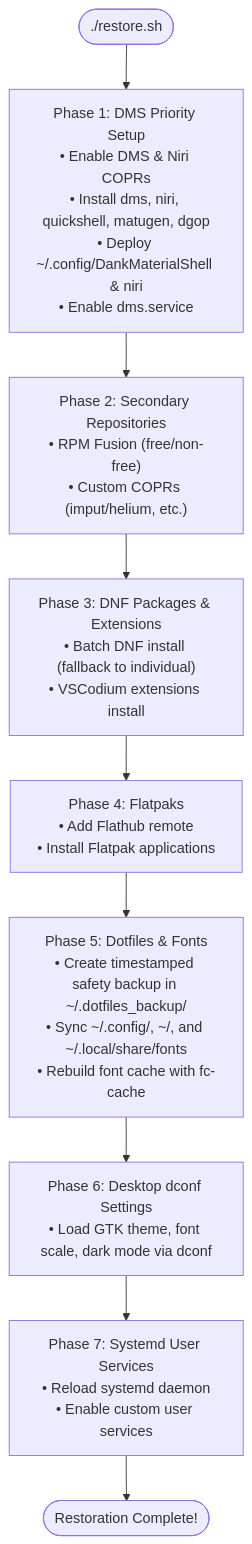
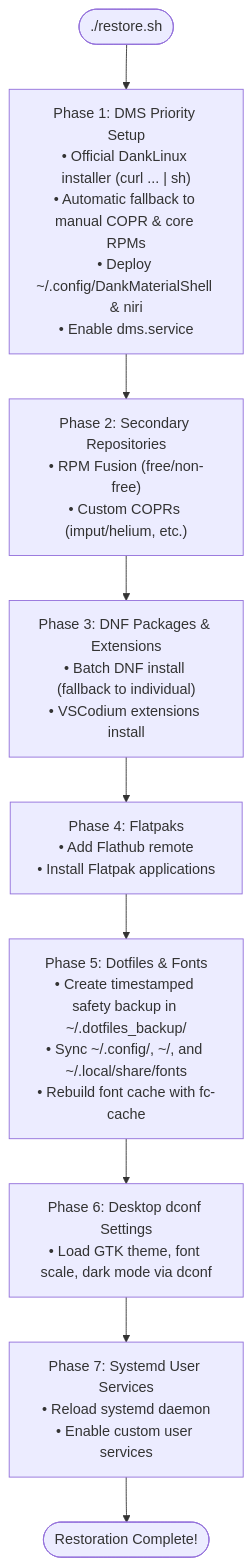
Before and after one commit to Torveek/fedora-dms-dotfiles: the diagram in README.md, drawn with Mermaid. The commit also changed other lines of this file and 4 other files, not shown here.

Commit message:
feat: support official automatic DankLinux installer in restore

````diff
--- a/README.md
+++ b/README.md
@@ -224,11 +235,11 @@
 ```mermaid
 flowchart TD
-    Start(["./restore.sh"]) --> P1["Phase 1: DMS Priority Setup\n• Enable DMS & Niri COPRs\n• Install dms, niri, quickshell, matugen, dgop\n• Deploy ~/.config/DankMaterialShell & niri\n• Enable dms.service"]
+    Start(["./restore.sh"]) --> P1["Phase 1: DMS Priority Setup\n• Official DankLinux installer (curl ... | sh)\n• Automatic fallback to manual COPR & core RPMs\n• Deploy ~/.config/DankMaterialShell & niri\n• Enable dms.service"]
     P1 --> P2["Phase 2: Secondary Repositories\n• RPM Fusion (free/non-free)\n• Custom COPRs (imput/helium, etc.)"]
     P2 --> P3["Phase 3: DNF Packages & Extensions\n• Batch DNF install (fallback to individual)\n• VSCodium extensions install"]
     P3 --> P4["Phase 4: Flatpaks\n• Add Flathub remote\n• Install Flatpak applications"]
     P4 --> P5["Phase 5: Dotfiles & Fonts\n• Create timestamped safety backup in ~/.dotfiles_backup/\n• Sync ~/.config/, ~/, and ~/.local/share/fonts\n• Rebuild font cache with fc-cache"]
     P5 --> P6["Phase 6: Desktop dconf Settings\n• Load GTK theme, font scale, dark mode via dconf"]
     P6 --> P7["Phase 7: Systemd User Services\n• Reload systemd daemon\n• Enable custom user services"]
     P7 --> Finish(["Restoration Complete!"])
 ```
````
